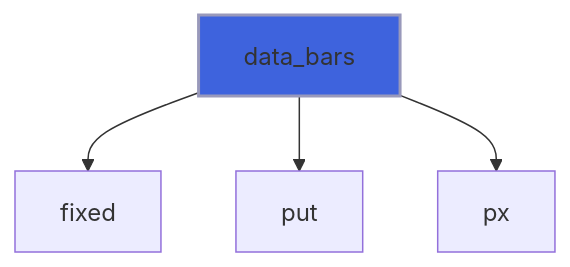
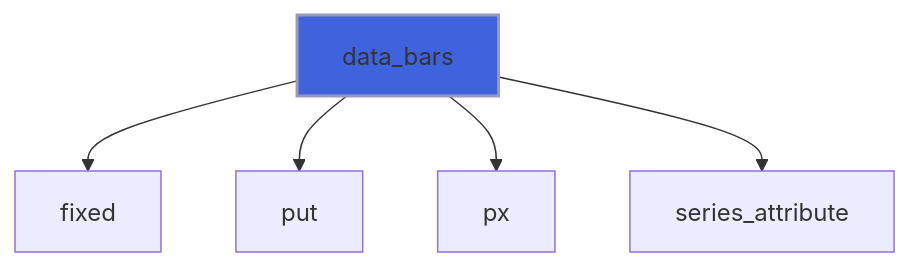
Diagram 17 of 30 in docs/api/src/lib/foresight_backend_svg.md (szaghi/foresight), drawn with Mermaid before and after one commit. The commit also changed other lines of this file and 97 other files, not shown here.

````diff
--- a/docs/api/src/lib/foresight_backend_svg.md
+++ b/docs/api/src/lib/foresight_backend_svg.md
@@ -539,7 +564,8 @@
 ```mermaid
 flowchart TD
   data_bars["data_bars"] --> fixed["fixed"]
   data_bars["data_bars"] --> put["put"]
   data_bars["data_bars"] --> px["px"]
+  data_bars["data_bars"] --> series_attribute["series_attribute"]
   style data_bars fill:#3e63dd,stroke:#99b,stroke-width:2px
 ```
````
